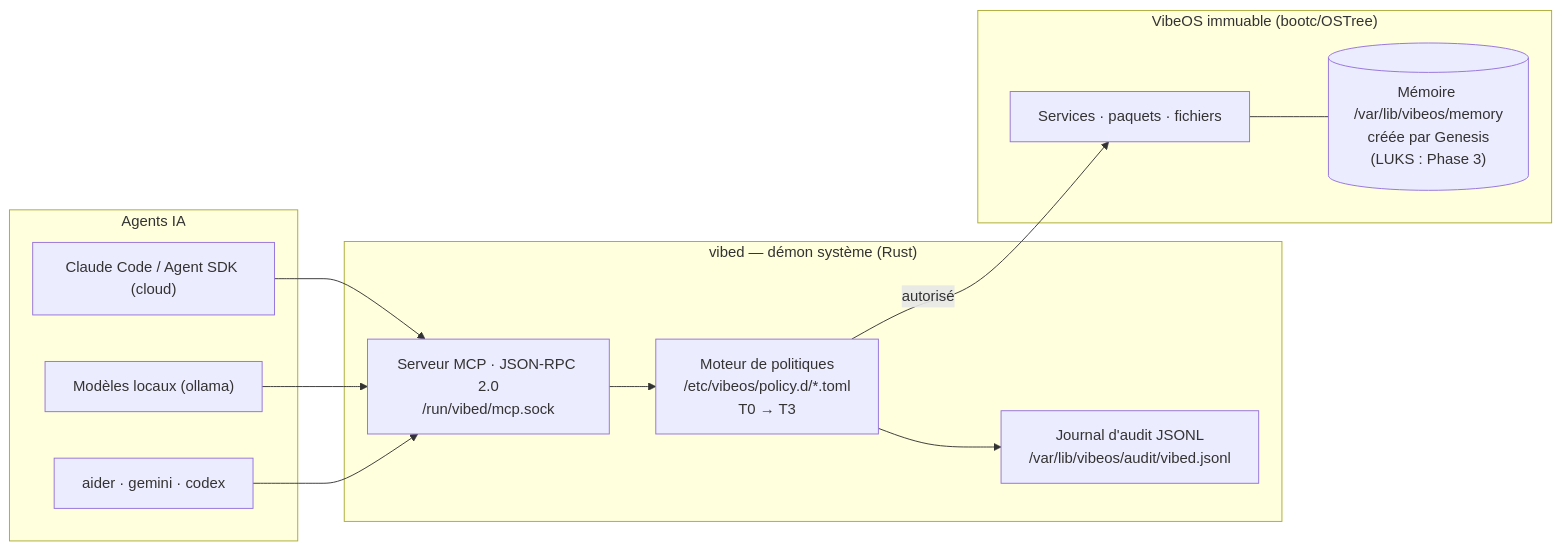
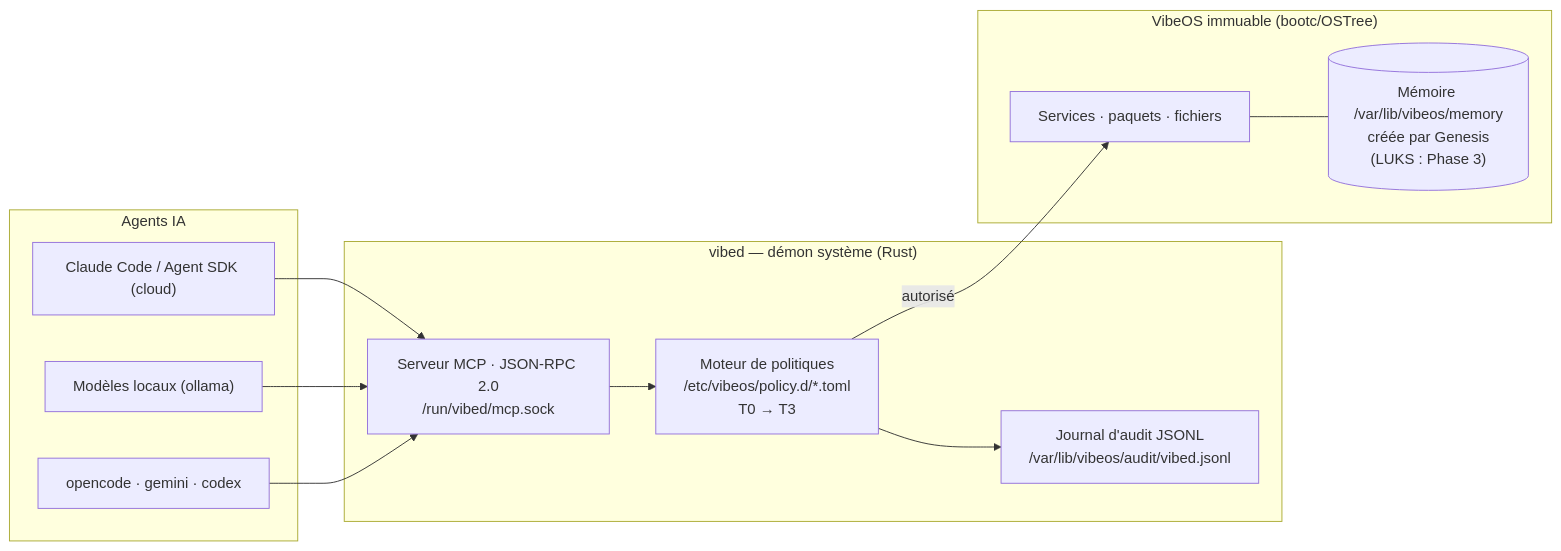
One commit to Micka420-collab/vibeos changed the diagram in README.md. Above: the diagram before and after it, drawn with Mermaid. The commit also changed other lines of this file and 36 other files, not shown here.

````diff
--- a/README.md
+++ b/README.md
@@ -61,24 +61,24 @@
 ```mermaid
 flowchart LR
     subgraph AGENTS["Agents IA"]
         CC["Claude Code / Agent SDK (cloud)"]
         OL["Modèles locaux (ollama)"]
-        AD["aider · gemini · codex"]
+        AD["opencode · gemini · codex"]
     end
     subgraph VIBED["vibed — démon système (Rust)"]
         MCP["Serveur MCP · JSON-RPC 2.0<br/>/run/vibed/mcp.sock"]
         POL["Moteur de politiques<br/>/etc/vibeos/policy.d/*.toml<br/>T0 → T3"]
         AUD["Journal d'audit JSONL<br/>/var/lib/vibeos/audit/vibed.jsonl"]
     end
     subgraph OS["VibeOS immuable (bootc/OSTree)"]
         SYS["Services · paquets · fichiers"]
         MEM[("Mémoire /var/lib/vibeos/memory<br/>créée par Genesis<br/>(LUKS : Phase 3)")]
     end
     CC --> MCP
     OL --> MCP
     AD --> MCP
     MCP --> POL
     POL -->|"autorisé"| SYS
     POL --> AUD
     SYS --- MEM
 ```
````
